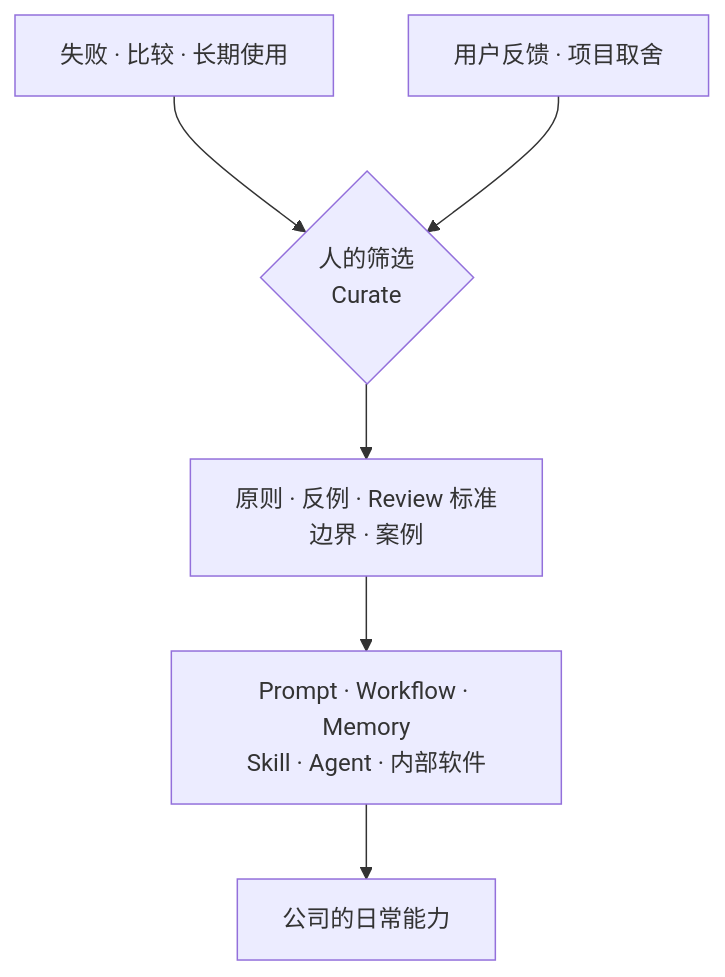
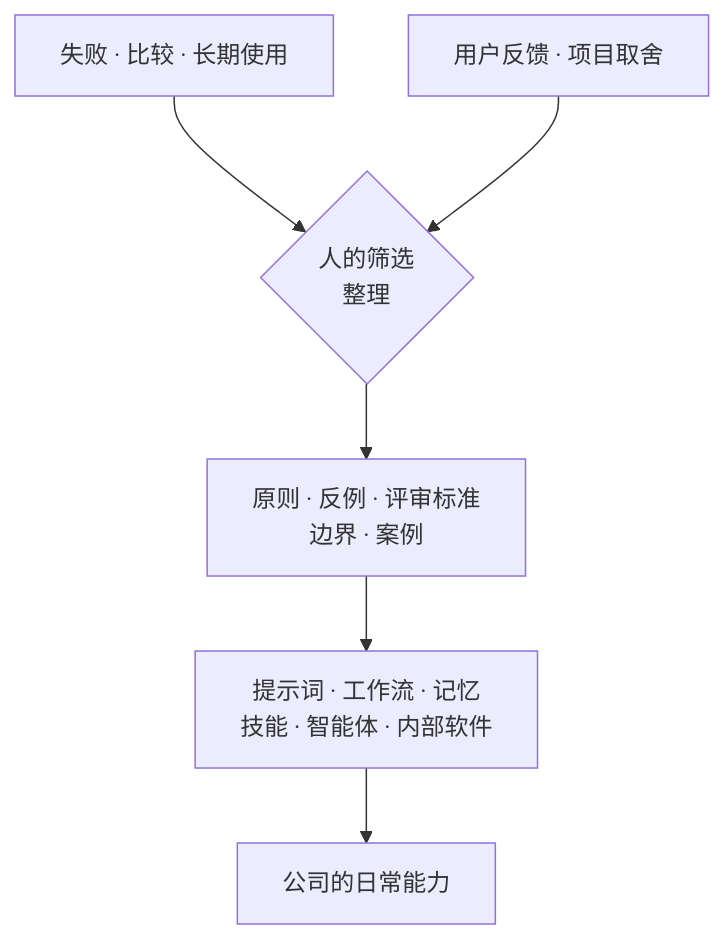
The fourth of 4 diagrams in content/blog/we-decided-to-stop-buying-saas/index.mdx (CaliCastle/cali.so), drawn with Mermaid before and after one commit. The commit also changed other lines of this file and 2 other files, not shown here.

````diff
--- a/content/blog/we-decided-to-stop-buying-saas/index.mdx
+++ b/content/blog/we-decided-to-stop-buying-saas/index.mdx
@@ -206,8 +212,8 @@
 ```mermaid caption="经验先由人筛选，再进入可以重复运行的系统。"
 flowchart TB
-  E1["失败 · 比较 · 长期使用"] --> H{"人的筛选<br/>Curate"}
+  E1["失败 · 比较 · 长期使用"] --> H{"人的筛选<br/>整理"}
   E2["用户反馈 · 项目取舍"] --> H
-  H --> K["原则 · 反例 · Review 标准<br/>边界 · 案例"]
-  K --> S["Prompt · Workflow · Memory<br/>Skill · Agent · 内部软件"]
+  H --> K["原则 · 反例 · 评审标准<br/>边界 · 案例"]
+  K --> S["提示词 · 工作流 · 记忆<br/>技能 · 智能体 · 内部软件"]
   S --> R["公司的日常能力"]
 ```
````
